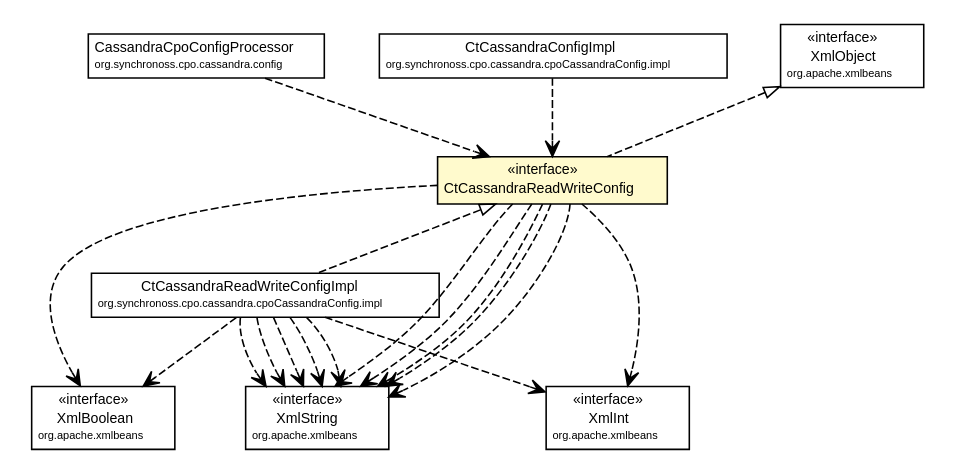
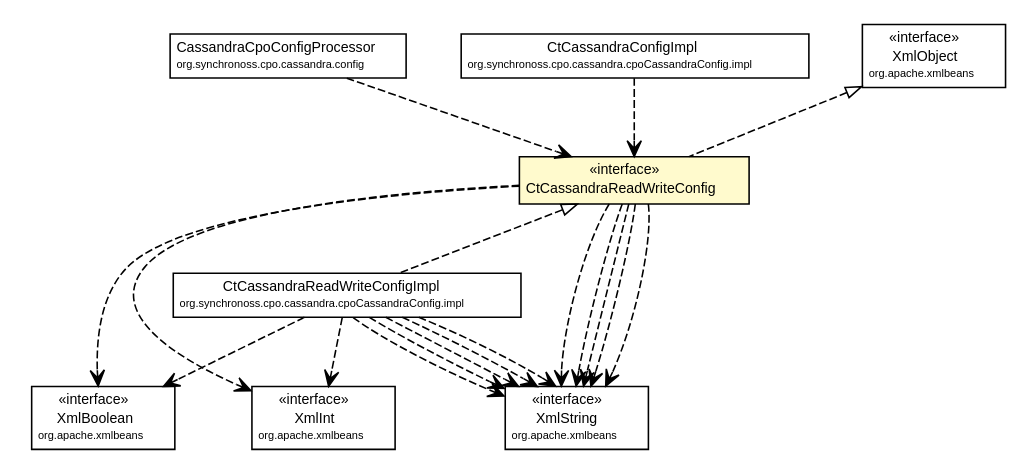
One commit to synchronoss/cpo-api changed the diagram in site/apidocs/org/synchronoss/cpo/cassandra/cpoCassandraConfig/CtCassandraReadWriteConfig.dot. Above: the diagram before and after it, drawn with Graphviz. The commit also changed 1206 other files, not shown here.

```diff
--- a/site/apidocs/org/synchronoss/cpo/cassandra/cpoCassandraConfig/CtCassandraReadWriteConfig.dot
+++ b/site/apidocs/org/synchronoss/cpo/cassandra/cpoCassandraConfig/CtCassandraReadWriteConfig.dot
@@ -1,106 +1,106 @@
 #!/usr/local/bin/dot
 #
 # Class diagram 
 # Generated by UmlGraph version 4.6 (http://www.spinellis.gr/sw/umlgraph)
 #
 
 digraph G {
 	edge [fontname="Helvetica",fontsize=10,labelfontname="Helvetica",labelfontsize=10];
 	node [fontname="Helvetica",fontsize=10,shape=plaintext];
 	// org.synchronoss.cpo.cassandra.config.CassandraCpoConfigProcessor
 	c51211 [label=<<table border="0" cellborder="1" cellspacing="0" cellpadding="2" port="p" href="../config/CassandraCpoConfigProcessor.html">
 		<tr><td><table border="0" cellspacing="0" cellpadding="1">
 			<tr><td> CassandraCpoConfigProcessor </td></tr>
 			<tr><td><font point-size="7.0"> org.synchronoss.cpo.cassandra.config </font></td></tr>
 		</table></td></tr>
 		</table>>, fontname="Helvetica", fontcolor="black", fontsize=9.0];
 	// org.synchronoss.cpo.cassandra.cpoCassandraConfig.CtCassandraReadWriteConfig
 	c51230 [label=<<table border="0" cellborder="1" cellspacing="0" cellpadding="2" port="p" bgcolor="lemonChiffon" href="./CtCassandraReadWriteConfig.html">
 		<tr><td><table border="0" cellspacing="0" cellpadding="1">
 			<tr><td> &laquo;interface&raquo; </td></tr>
 			<tr><td> CtCassandraReadWriteConfig </td></tr>
 		</table></td></tr>
 		</table>>, fontname="Helvetica", fontcolor="black", fontsize=9.0];
 	// org.synchronoss.cpo.cassandra.cpoCassandraConfig.impl.CtCassandraReadWriteConfigImpl
 	c51237 [label=<<table border="0" cellborder="1" cellspacing="0" cellpadding="2" port="p" href="./impl/CtCassandraReadWriteConfigImpl.html">
 		<tr><td><table border="0" cellspacing="0" cellpadding="1">
 			<tr><td> CtCassandraReadWriteConfigImpl </td></tr>
 			<tr><td><font point-size="7.0"> org.synchronoss.cpo.cassandra.cpoCassandraConfig.impl </font></td></tr>
 		</table></td></tr>
 		</table>>, fontname="Helvetica", fontcolor="black", fontsize=9.0];
 	// org.synchronoss.cpo.cassandra.cpoCassandraConfig.impl.CtCassandraConfigImpl
 	c51238 [label=<<table border="0" cellborder="1" cellspacing="0" cellpadding="2" port="p" href="./impl/CtCassandraConfigImpl.html">
 		<tr><td><table border="0" cellspacing="0" cellpadding="1">
 			<tr><td> CtCassandraConfigImpl </td></tr>
 			<tr><td><font point-size="7.0"> org.synchronoss.cpo.cassandra.cpoCassandraConfig.impl </font></td></tr>
 		</table></td></tr>
 		</table>>, fontname="Helvetica", fontcolor="black", fontsize=9.0];
 	//org.synchronoss.cpo.cassandra.cpoCassandraConfig.CtCassandraReadWriteConfig implements org.apache.xmlbeans.XmlObject
 	c51244:p -> c51230:p [dir=back,arrowtail=empty,style=dashed];
 	//org.synchronoss.cpo.cassandra.cpoCassandraConfig.impl.CtCassandraReadWriteConfigImpl implements org.synchronoss.cpo.cassandra.cpoCassandraConfig.CtCassandraReadWriteConfig
 	c51230:p -> c51237:p [dir=back,arrowtail=empty,style=dashed];
 	// org.synchronoss.cpo.cassandra.config.CassandraCpoConfigProcessor DEPEND org.synchronoss.cpo.cassandra.cpoCassandraConfig.CtCassandraReadWriteConfig
 	c51211:p -> c51230:p [taillabel="", label="", headlabel="", fontname="Helvetica", fontcolor="black", fontsize=10.0, color="black", arrowhead=open, style=dashed];
 	// org.synchronoss.cpo.cassandra.cpoCassandraConfig.CtCassandraReadWriteConfig DEPEND org.apache.xmlbeans.XmlBoolean
 	c51230:p -> c51245:p [taillabel="", label="", headlabel="", fontname="Helvetica", fontcolor="black", fontsize=10.0, color="black", arrowhead=open, style=dashed];
-	// org.synchronoss.cpo.cassandra.cpoCassandraConfig.CtCassandraReadWriteConfig DEPEND org.apache.xmlbeans.XmlString
+	// org.synchronoss.cpo.cassandra.cpoCassandraConfig.CtCassandraReadWriteConfig DEPEND org.apache.xmlbeans.XmlInt
 	c51230:p -> c51246:p [taillabel="", label="", headlabel="", fontname="Helvetica", fontcolor="black", fontsize=10.0, color="black", arrowhead=open, style=dashed];
 	// org.synchronoss.cpo.cassandra.cpoCassandraConfig.CtCassandraReadWriteConfig DEPEND org.apache.xmlbeans.XmlString
-	c51230:p -> c51246:p [taillabel="", label="", headlabel="", fontname="Helvetica", fontcolor="black", fontsize=10.0, color="black", arrowhead=open, style=dashed];
-	// org.synchronoss.cpo.cassandra.cpoCassandraConfig.CtCassandraReadWriteConfig DEPEND org.apache.xmlbeans.XmlString
-	c51230:p -> c51246:p [taillabel="", label="", headlabel="", fontname="Helvetica", fontcolor="black", fontsize=10.0, color="black", arrowhead=open, style=dashed];
-	// org.synchronoss.cpo.cassandra.cpoCassandraConfig.CtCassandraReadWriteConfig DEPEND org.apache.xmlbeans.XmlInt
 	c51230:p -> c51247:p [taillabel="", label="", headlabel="", fontname="Helvetica", fontcolor="black", fontsize=10.0, color="black", arrowhead=open, style=dashed];
 	// org.synchronoss.cpo.cassandra.cpoCassandraConfig.CtCassandraReadWriteConfig DEPEND org.apache.xmlbeans.XmlString
-	c51230:p -> c51246:p [taillabel="", label="", headlabel="", fontname="Helvetica", fontcolor="black", fontsize=10.0, color="black", arrowhead=open, style=dashed];
+	c51230:p -> c51247:p [taillabel="", label="", headlabel="", fontname="Helvetica", fontcolor="black", fontsize=10.0, color="black", arrowhead=open, style=dashed];
 	// org.synchronoss.cpo.cassandra.cpoCassandraConfig.CtCassandraReadWriteConfig DEPEND org.apache.xmlbeans.XmlString
-	c51230:p -> c51246:p [taillabel="", label="", headlabel="", fontname="Helvetica", fontcolor="black", fontsize=10.0, color="black", arrowhead=open, style=dashed];
+	c51230:p -> c51247:p [taillabel="", label="", headlabel="", fontname="Helvetica", fontcolor="black", fontsize=10.0, color="black", arrowhead=open, style=dashed];
+	// org.synchronoss.cpo.cassandra.cpoCassandraConfig.CtCassandraReadWriteConfig DEPEND org.apache.xmlbeans.XmlString
+	c51230:p -> c51247:p [taillabel="", label="", headlabel="", fontname="Helvetica", fontcolor="black", fontsize=10.0, color="black", arrowhead=open, style=dashed];
+	// org.synchronoss.cpo.cassandra.cpoCassandraConfig.CtCassandraReadWriteConfig DEPEND org.apache.xmlbeans.XmlString
+	c51230:p -> c51247:p [taillabel="", label="", headlabel="", fontname="Helvetica", fontcolor="black", fontsize=10.0, color="black", arrowhead=open, style=dashed];
+	// org.synchronoss.cpo.cassandra.cpoCassandraConfig.impl.CtCassandraReadWriteConfigImpl DEPEND org.apache.xmlbeans.XmlString
+	c51237:p -> c51247:p [taillabel="", label="", headlabel="", fontname="Helvetica", fontcolor="black", fontsize=10.0, color="black", arrowhead=open, style=dashed];
 	// org.synchronoss.cpo.cassandra.cpoCassandraConfig.impl.CtCassandraReadWriteConfigImpl DEPEND org.apache.xmlbeans.XmlBoolean
 	c51237:p -> c51245:p [taillabel="", label="", headlabel="", fontname="Helvetica", fontcolor="black", fontsize=10.0, color="black", arrowhead=open, style=dashed];
 	// org.synchronoss.cpo.cassandra.cpoCassandraConfig.impl.CtCassandraReadWriteConfigImpl DEPEND org.apache.xmlbeans.XmlString
+	c51237:p -> c51247:p [taillabel="", label="", headlabel="", fontname="Helvetica", fontcolor="black", fontsize=10.0, color="black", arrowhead=open, style=dashed];
+	// org.synchronoss.cpo.cassandra.cpoCassandraConfig.impl.CtCassandraReadWriteConfigImpl DEPEND org.apache.xmlbeans.XmlInt
 	c51237:p -> c51246:p [taillabel="", label="", headlabel="", fontname="Helvetica", fontcolor="black", fontsize=10.0, color="black", arrowhead=open, style=dashed];
-	// org.synchronoss.cpo.cassandra.cpoCassandraConfig.impl.CtCassandraReadWriteConfigImpl DEPEND org.apache.xmlbeans.XmlInt
+	// org.synchronoss.cpo.cassandra.cpoCassandraConfig.impl.CtCassandraReadWriteConfigImpl DEPEND org.apache.xmlbeans.XmlString
 	c51237:p -> c51247:p [taillabel="", label="", headlabel="", fontname="Helvetica", fontcolor="black", fontsize=10.0, color="black", arrowhead=open, style=dashed];
 	// org.synchronoss.cpo.cassandra.cpoCassandraConfig.impl.CtCassandraReadWriteConfigImpl DEPEND org.apache.xmlbeans.XmlString
-	c51237:p -> c51246:p [taillabel="", label="", headlabel="", fontname="Helvetica", fontcolor="black", fontsize=10.0, color="black", arrowhead=open, style=dashed];
+	c51237:p -> c51247:p [taillabel="", label="", headlabel="", fontname="Helvetica", fontcolor="black", fontsize=10.0, color="black", arrowhead=open, style=dashed];
 	// org.synchronoss.cpo.cassandra.cpoCassandraConfig.impl.CtCassandraReadWriteConfigImpl DEPEND org.apache.xmlbeans.XmlString
-	c51237:p -> c51246:p [taillabel="", label="", headlabel="", fontname="Helvetica", fontcolor="black", fontsize=10.0, color="black", arrowhead=open, style=dashed];
-	// org.synchronoss.cpo.cassandra.cpoCassandraConfig.impl.CtCassandraReadWriteConfigImpl DEPEND org.apache.xmlbeans.XmlString
-	c51237:p -> c51246:p [taillabel="", label="", headlabel="", fontname="Helvetica", fontcolor="black", fontsize=10.0, color="black", arrowhead=open, style=dashed];
-	// org.synchronoss.cpo.cassandra.cpoCassandraConfig.impl.CtCassandraReadWriteConfigImpl DEPEND org.apache.xmlbeans.XmlString
-	c51237:p -> c51246:p [taillabel="", label="", headlabel="", fontname="Helvetica", fontcolor="black", fontsize=10.0, color="black", arrowhead=open, style=dashed];
+	c51237:p -> c51247:p [taillabel="", label="", headlabel="", fontname="Helvetica", fontcolor="black", fontsize=10.0, color="black", arrowhead=open, style=dashed];
 	// org.synchronoss.cpo.cassandra.cpoCassandraConfig.impl.CtCassandraConfigImpl DEPEND org.synchronoss.cpo.cassandra.cpoCassandraConfig.CtCassandraReadWriteConfig
 	c51238:p -> c51230:p [taillabel="", label="", headlabel="", fontname="Helvetica", fontcolor="black", fontsize=10.0, color="black", arrowhead=open, style=dashed];
 	// org.apache.xmlbeans.XmlObject
 	c51244 [label=<<table border="0" cellborder="1" cellspacing="0" cellpadding="2" port="p" href="http://java.sun.com/j2se/1.4.2/docs/api/org/apache/xmlbeans/XmlObject.html">
 		<tr><td><table border="0" cellspacing="0" cellpadding="1">
 			<tr><td> &laquo;interface&raquo; </td></tr>
 			<tr><td> XmlObject </td></tr>
 			<tr><td><font point-size="7.0"> org.apache.xmlbeans </font></td></tr>
 		</table></td></tr>
 		</table>>, fontname="Helvetica", fontcolor="black", fontsize=9.0];
 	// org.apache.xmlbeans.XmlInt
-	c51247 [label=<<table border="0" cellborder="1" cellspacing="0" cellpadding="2" port="p" href="http://java.sun.com/j2se/1.4.2/docs/api/org/apache/xmlbeans/XmlInt.html">
+	c51246 [label=<<table border="0" cellborder="1" cellspacing="0" cellpadding="2" port="p" href="http://java.sun.com/j2se/1.4.2/docs/api/org/apache/xmlbeans/XmlInt.html">
 		<tr><td><table border="0" cellspacing="0" cellpadding="1">
 			<tr><td> &laquo;interface&raquo; </td></tr>
 			<tr><td> XmlInt </td></tr>
 			<tr><td><font point-size="7.0"> org.apache.xmlbeans </font></td></tr>
 		</table></td></tr>
 		</table>>, fontname="Helvetica", fontcolor="black", fontsize=9.0];
 	// org.apache.xmlbeans.XmlString
-	c51246 [label=<<table border="0" cellborder="1" cellspacing="0" cellpadding="2" port="p" href="http://java.sun.com/j2se/1.4.2/docs/api/org/apache/xmlbeans/XmlString.html">
+	c51247 [label=<<table border="0" cellborder="1" cellspacing="0" cellpadding="2" port="p" href="http://java.sun.com/j2se/1.4.2/docs/api/org/apache/xmlbeans/XmlString.html">
 		<tr><td><table border="0" cellspacing="0" cellpadding="1">
 			<tr><td> &laquo;interface&raquo; </td></tr>
 			<tr><td> XmlString </td></tr>
 			<tr><td><font point-size="7.0"> org.apache.xmlbeans </font></td></tr>
 		</table></td></tr>
 		</table>>, fontname="Helvetica", fontcolor="black", fontsize=9.0];
 	// org.apache.xmlbeans.XmlBoolean
 	c51245 [label=<<table border="0" cellborder="1" cellspacing="0" cellpadding="2" port="p" href="http://java.sun.com/j2se/1.4.2/docs/api/org/apache/xmlbeans/XmlBoolean.html">
 		<tr><td><table border="0" cellspacing="0" cellpadding="1">
 			<tr><td> &laquo;interface&raquo; </td></tr>
 			<tr><td> XmlBoolean </td></tr>
 			<tr><td><font point-size="7.0"> org.apache.xmlbeans </font></td></tr>
 		</table></td></tr>
 		</table>>, fontname="Helvetica", fontcolor="black", fontsize=9.0];
 }
```
